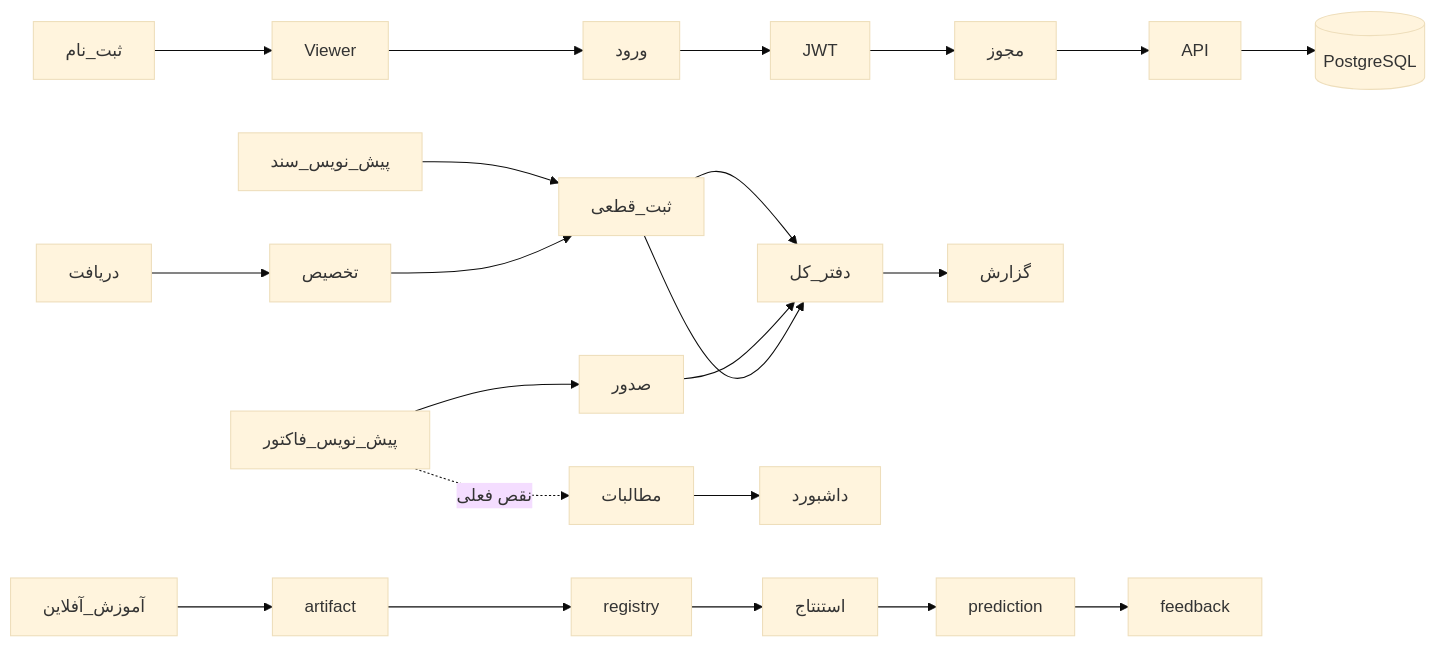
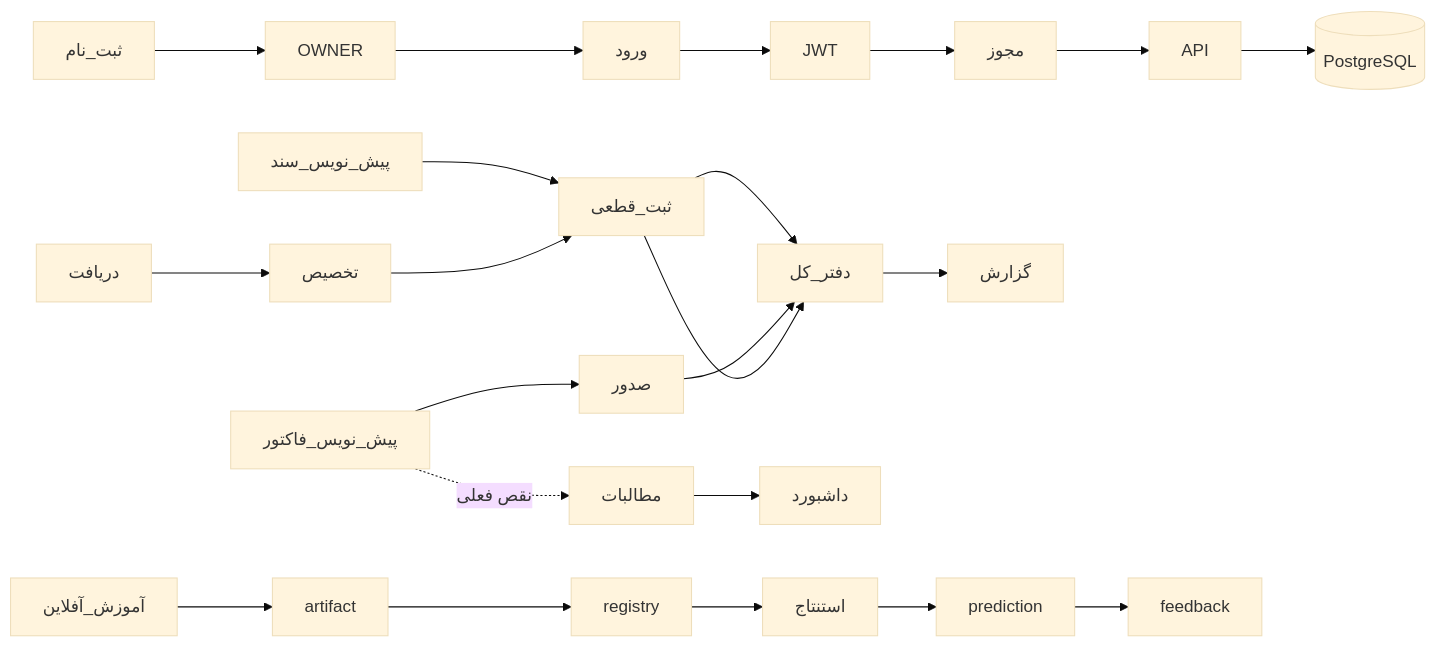
One commit to koushan123/azari-web-app changed diagram 15 of 15 in HOW_THE_PROJECT_WORKS.md. Above: the diagram before and after it, drawn with Mermaid (base theme). The commit also changed other lines of this file and 12 other files, not shown here.

````diff
--- a/HOW_THE_PROJECT_WORKS.md
+++ b/HOW_THE_PROJECT_WORKS.md
@@ -1240,11 +1240,11 @@
 ```mermaid
 flowchart LR
-    ثبت_نام --> Viewer --> ورود --> JWT
+    ثبت_نام --> OWNER --> ورود --> JWT
     JWT --> مجوز --> API --> تراکنش[(PostgreSQL)]
     پیش_نویس_سند --> ثبت_قطعی --> دفتر_کل
     پیش_نویس_فاکتور --> صدور --> دفتر_کل
     دریافت --> تخصیص --> ثبت_قطعی --> دفتر_کل
     دفتر_کل --> گزارش
     پیش_نویس_فاکتور -.نقص فعلی.-> مطالبات --> داشبورد
     آموزش_آفلاین --> artifact --> registry --> استنتاج --> prediction --> feedback
 ```
````
